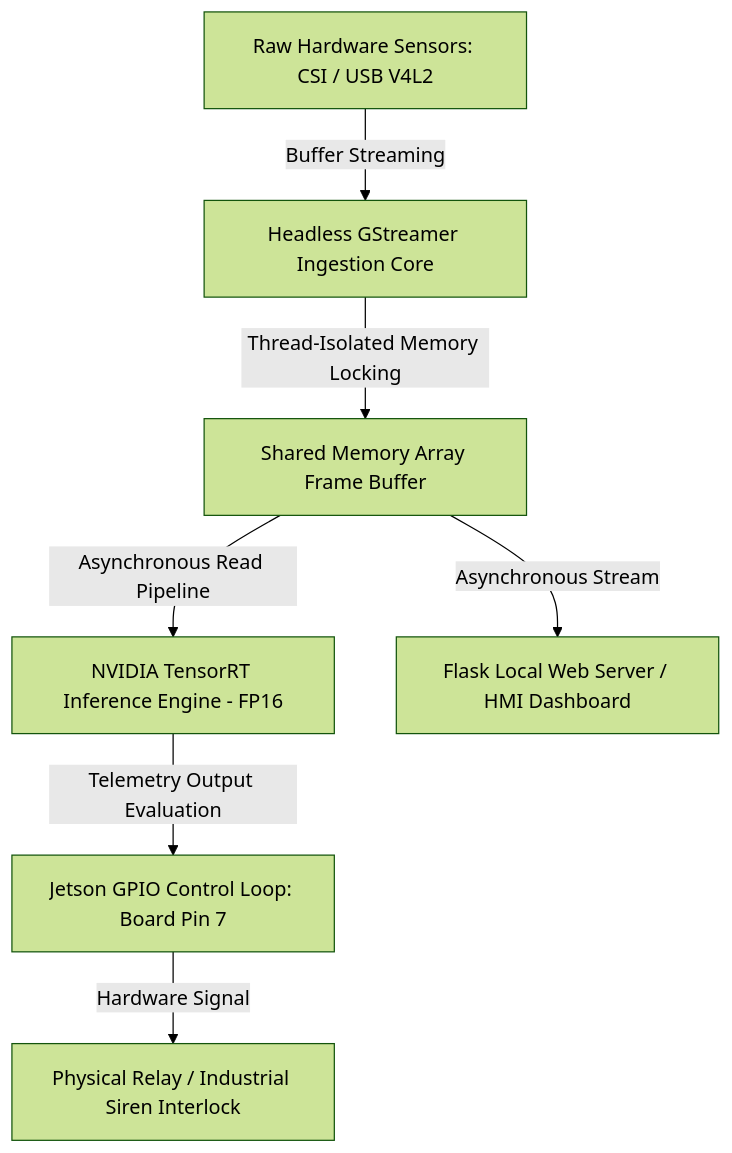
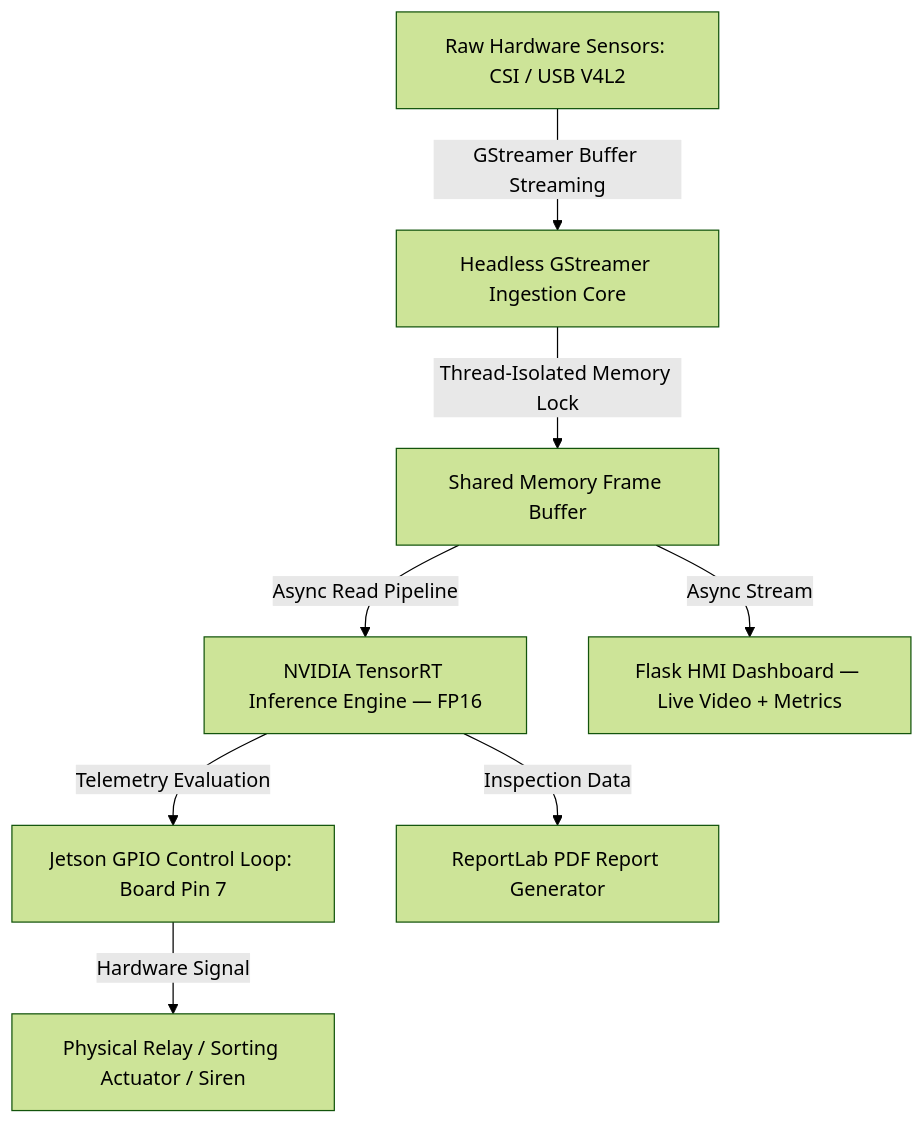
Before and after one commit to m7hanan/EdgeForge-Vision: the diagram in README.md, drawn with Mermaid (forest theme). The commit also changed other lines of this file, not shown here.

````diff
--- a/README.md
+++ b/README.md
@@ -25,9 +59,10 @@
 ```mermaid
 graph TD
-    A[Raw Hardware Sensors: CSI / USB V4L2] -->|Buffer Streaming| B[Headless GStreamer Ingestion Core]
-    B -->|Thread-Isolated Memory Locking| C[Shared Memory Array Frame Buffer]
-    C -->|Asynchronous Read Pipeline| D[NVIDIA TensorRT Inference Engine - FP16]
-    C -->|Asynchronous Stream| E[Flask Local Web Server / HMI Dashboard]
-    D -->|Telemetry Output Evaluation| F[Jetson GPIO Control Loop: Board Pin 7]
-    F -->|Hardware Signal| G[Physical Relay / Industrial Siren Interlock]
+    A[Raw Hardware Sensors: CSI / USB V4L2] -->|GStreamer Buffer Streaming| B[Headless GStreamer Ingestion Core]
+    B -->|Thread-Isolated Memory Lock| C[Shared Memory Frame Buffer]
+    C -->|Async Read Pipeline| D[NVIDIA TensorRT Inference Engine — FP16]
+    C -->|Async Stream| E[Flask HMI Dashboard — Live Video + Metrics]
+    D -->|Telemetry Evaluation| F[Jetson GPIO Control Loop: Board Pin 7]
+    D -->|Inspection Data| H[ReportLab PDF Report Generator]
+    F -->|Hardware Signal| G[Physical Relay / Sorting Actuator / Siren]
 ```
````
